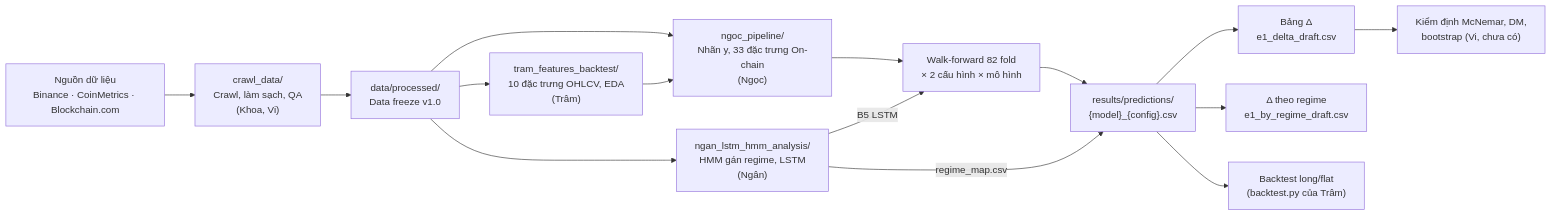
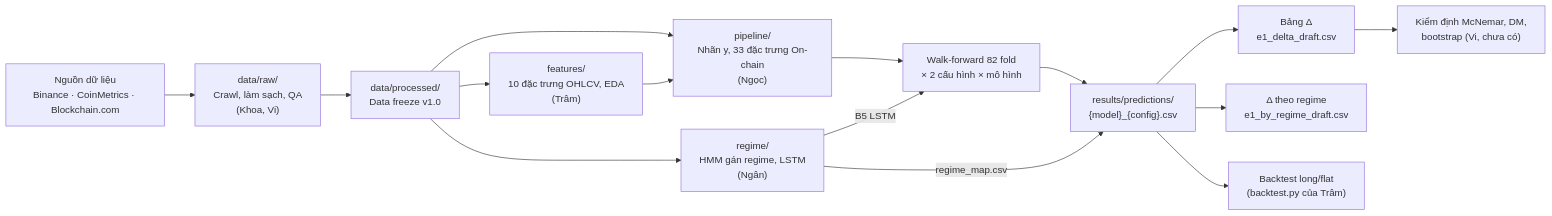
One commit to ngocphamttdt/is6105-blockchain changed the diagram in PROJECT_FLOW.md. Above: the diagram before and after it, drawn with Mermaid. The commit also changed other lines of this file and 732 other files, not shown here.

````diff
--- a/PROJECT_FLOW.md
+++ b/PROJECT_FLOW.md
@@ -32,17 +32,17 @@
 ```mermaid
 flowchart LR
-    A["Nguồn dữ liệu<br/>Binance · CoinMetrics · Blockchain.com"] --> B["crawl_data/<br/>Crawl, làm sạch, QA<br/>(Khoa, Vi)"]
+    A["Nguồn dữ liệu<br/>Binance · CoinMetrics · Blockchain.com"] --> B["data/raw/<br/>Crawl, làm sạch, QA<br/>(Khoa, Vi)"]
     B --> C["data/processed/<br/>Data freeze v1.0"]
-    C --> D["tram_features_backtest/<br/>10 đặc trưng OHLCV, EDA<br/>(Trâm)"]
-    C --> E["ngoc_pipeline/<br/>Nhãn y, 33 đặc trưng On-chain<br/>(Ngọc)"]
+    C --> D["features/<br/>10 đặc trưng OHLCV, EDA<br/>(Trâm)"]
+    C --> E["pipeline/<br/>Nhãn y, 33 đặc trưng On-chain<br/>(Ngọc)"]
     D --> E
-    C --> K["ngan_lstm_hmm_analysis/<br/>HMM gán regime, LSTM<br/>(Ngân)"]
+    C --> K["regime/<br/>HMM gán regime, LSTM<br/>(Ngân)"]
     E --> F["Walk-forward 82 fold<br/>× 2 cấu hình × mô hình"]
     K -- "B5 LSTM" --> F
     F --> G["results/predictions/<br/>{model}_{config}.csv"]
     K -- "regime_map.csv" --> G
     G --> H["Bảng Δ<br/>e1_delta_draft.csv"]
     G --> L["Δ theo regime<br/>e1_by_regime_draft.csv"]
     G --> I["Backtest long/flat<br/>(backtest.py của Trâm)"]
     H --> J["Kiểm định McNemar, DM,<br/>bootstrap (Vi, chưa có)"]
 ```
````
